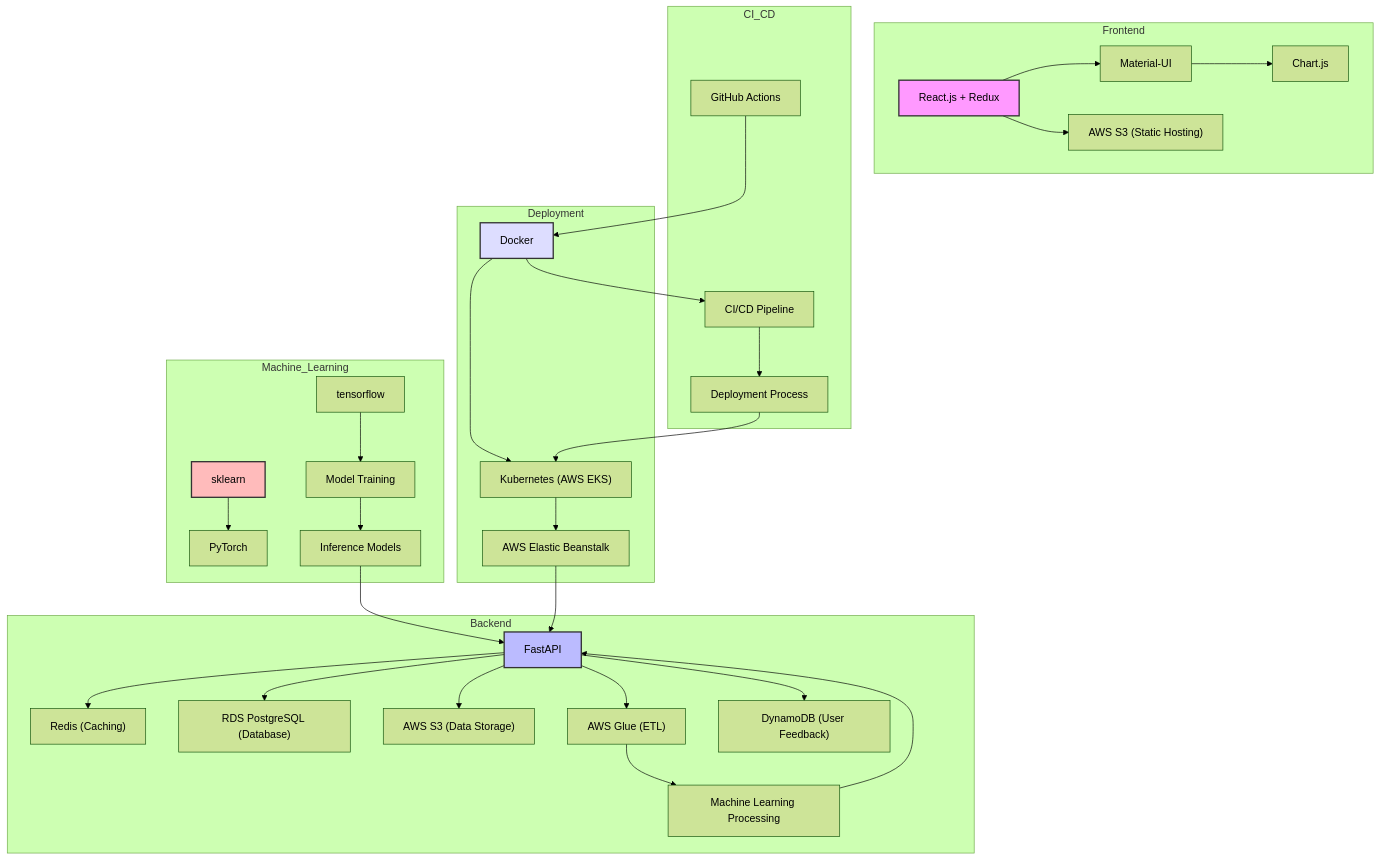
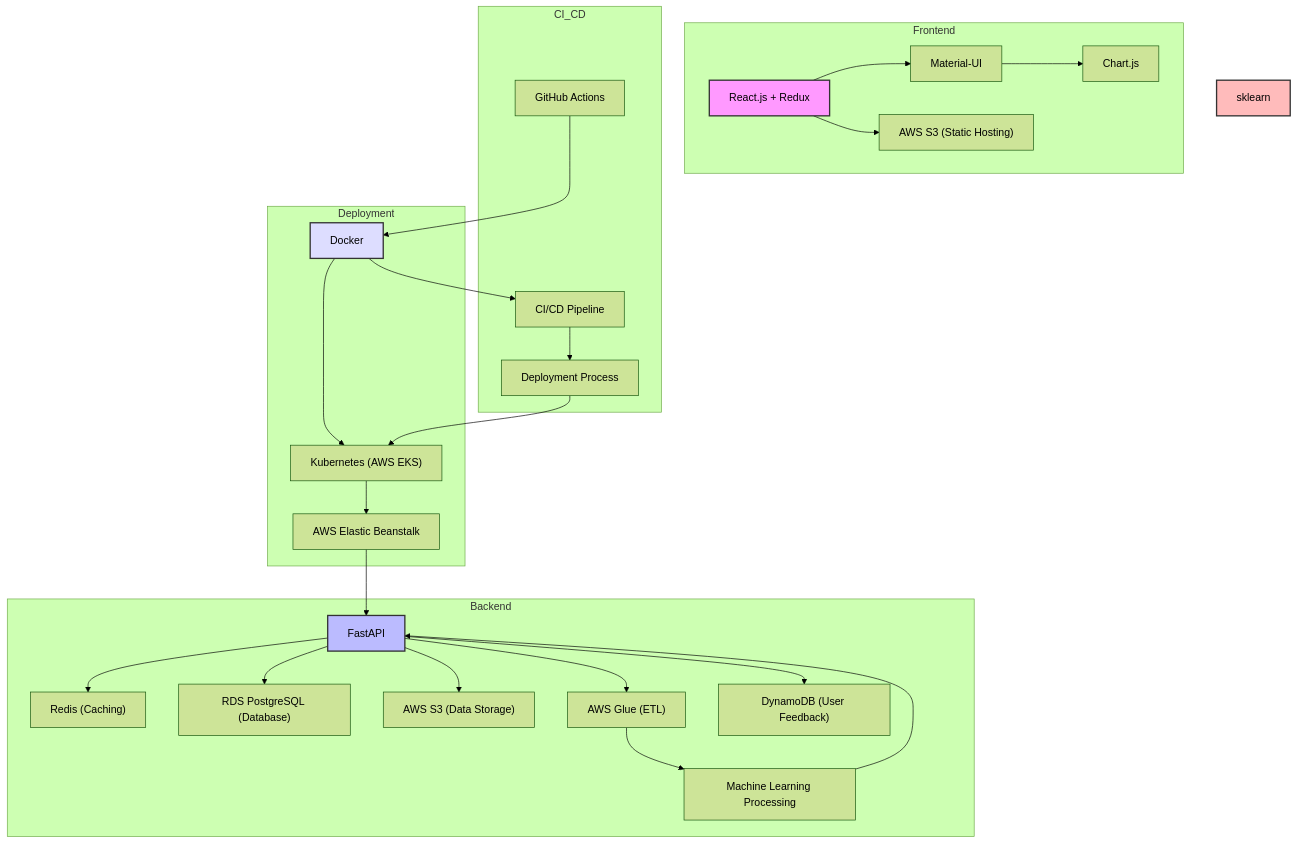
Before and after one commit to LNshuti/oil-price-dashboard: the diagram in README.md, drawn with Mermaid (forest theme).

Commit message:
remove redundant diagrams

````diff
--- a/README.md
+++ b/README.md
@@ -9,43 +9,36 @@
 ```mermaid
 graph TD;
     subgraph Frontend
         react["React.js + Redux"] --> materialui["Material-UI"]
         materialui --> chartjs["Chart.js"]
         react --> s3frontend["AWS S3 (Static Hosting)"]
     end
 
     subgraph Backend
         fastapi["FastAPI"] --> redis["Redis (Caching)"]
         fastapi --> rds["RDS PostgreSQL (Database)"]
         fastapi --> s3data["AWS S3 (Data Storage)"]
         fastapi --> glue["AWS Glue (ETL)"]
         fastapi --> dynamodb["DynamoDB (User Feedback)"]
         glue --> ml["Machine Learning Processing"]
         ml --> fastapi
-    end
-
-    subgraph Machine_Learning
-        sklearn --> pytorch["PyTorch"]
-        tensorflow --> training["Model Training"]
-        training --> infer["Inference Models"]
-        infer --> fastapi
     end
 
     subgraph Deployment
         docker["Docker"] --> kubernetes["Kubernetes (AWS EKS)"]
         kubernetes --> elasticbeanstalk["AWS Elastic Beanstalk"]
         elasticbeanstalk --> fastapi
     end
 
     subgraph CI_CD
         github["GitHub Actions"] --> docker
         docker --> ci["CI/CD Pipeline"]
         ci --> deployment["Deployment Process"]
         deployment --> kubernetes
     end
 
     style react fill:#f9f,stroke:#333,stroke-width:2px
     style fastapi fill:#bbf,stroke:#333,stroke-width:2px
     style sklearn fill:#fbb,stroke:#333,stroke-width:2px
     style docker fill:#ddf,stroke:#333,stroke-width:2px
 ```
````
